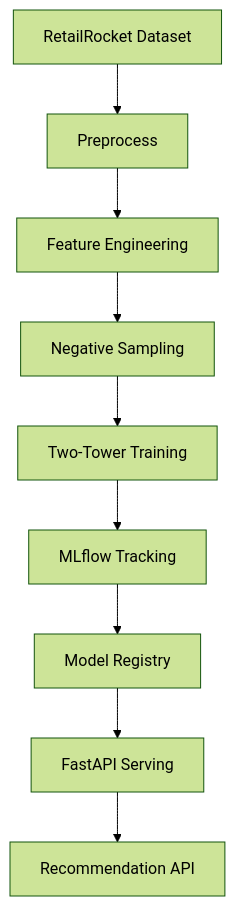
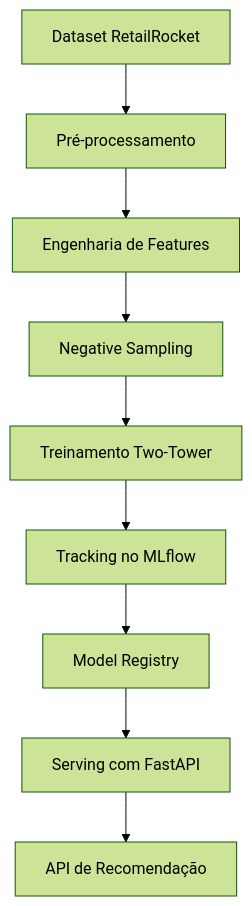
The first of 2 diagrams in README.md (vdfs89/TwinRankAI), drawn with Mermaid (forest theme) before and after one commit. The commit also changed other lines of this file and 28 other files, not shown here.

````diff
--- a/README.md
+++ b/README.md
@@ -68,11 +73,11 @@
 ```mermaid
 flowchart TD
-    A[RetailRocket Dataset] --> B[Preprocess]
-    B --> C[Feature Engineering]
+    A[Dataset RetailRocket] --> B[Pré-processamento]
+    B --> C[Engenharia de Features]
     C --> D[Negative Sampling]
-    D --> E[Two-Tower Training]
-    E --> F[MLflow Tracking]
+    D --> E[Treinamento Two-Tower]
+    E --> F[Tracking no MLflow]
     F --> G[Model Registry]
-    G --> H[FastAPI Serving]
-    H --> I[Recommendation API]
+    G --> H[Serving com FastAPI]
+    H --> I[API de Recomendação]
 ```
````
